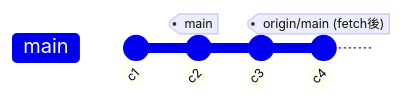
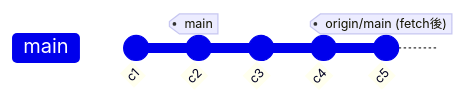
Diagram 13 of 36 in articles/git_20250824.md (suwa-sh/zenn-contents), drawn with Mermaid before and after one commit. The commit also changed other lines of this file, not shown here.

````diff
--- a/articles/git_20250824.md
+++ b/articles/git_20250824.md
@@ -330,7 +338,8 @@
         ```mermaid
         gitGraph
             commit id: "c1"
             commit id: "c2" tag: "main"
             commit id: "c3"
-            commit id: "c4" tag: "origin/main (fetch後)"
+            commit id: "c4"
+            commit id: "c5" tag: "origin/main (fetch後)"
         ```
````
